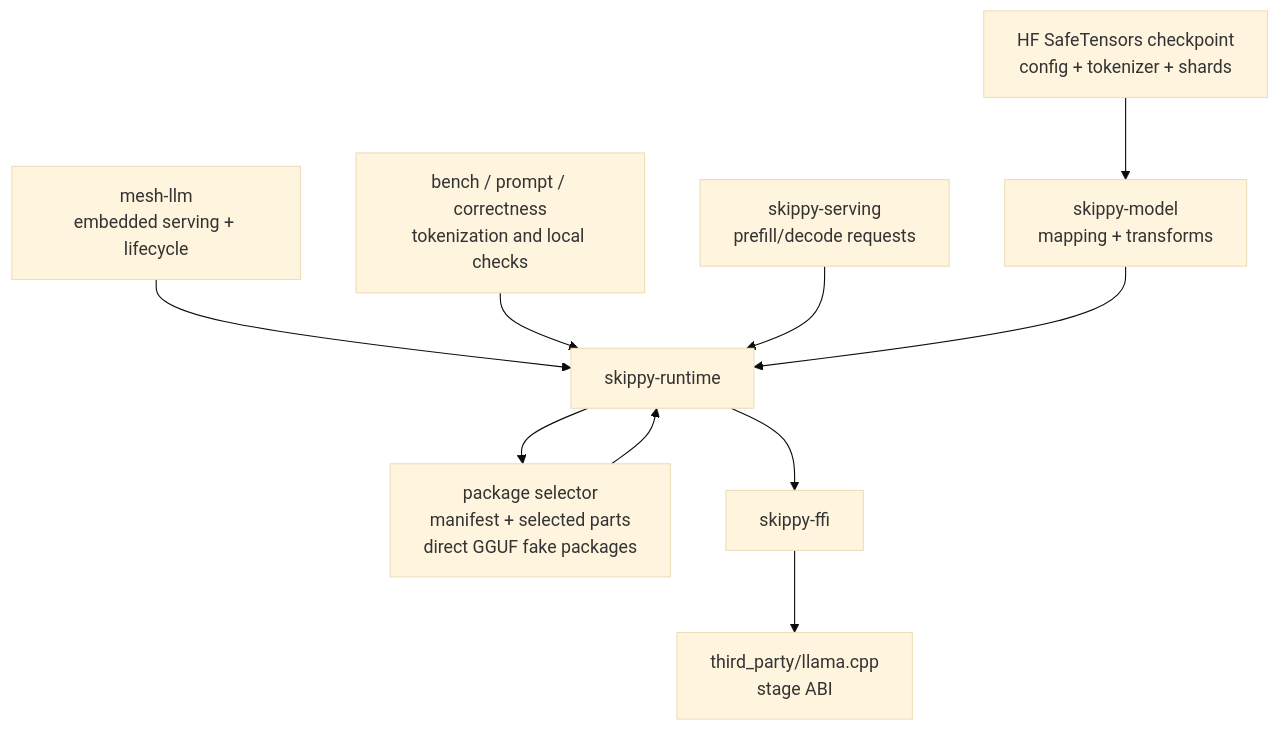
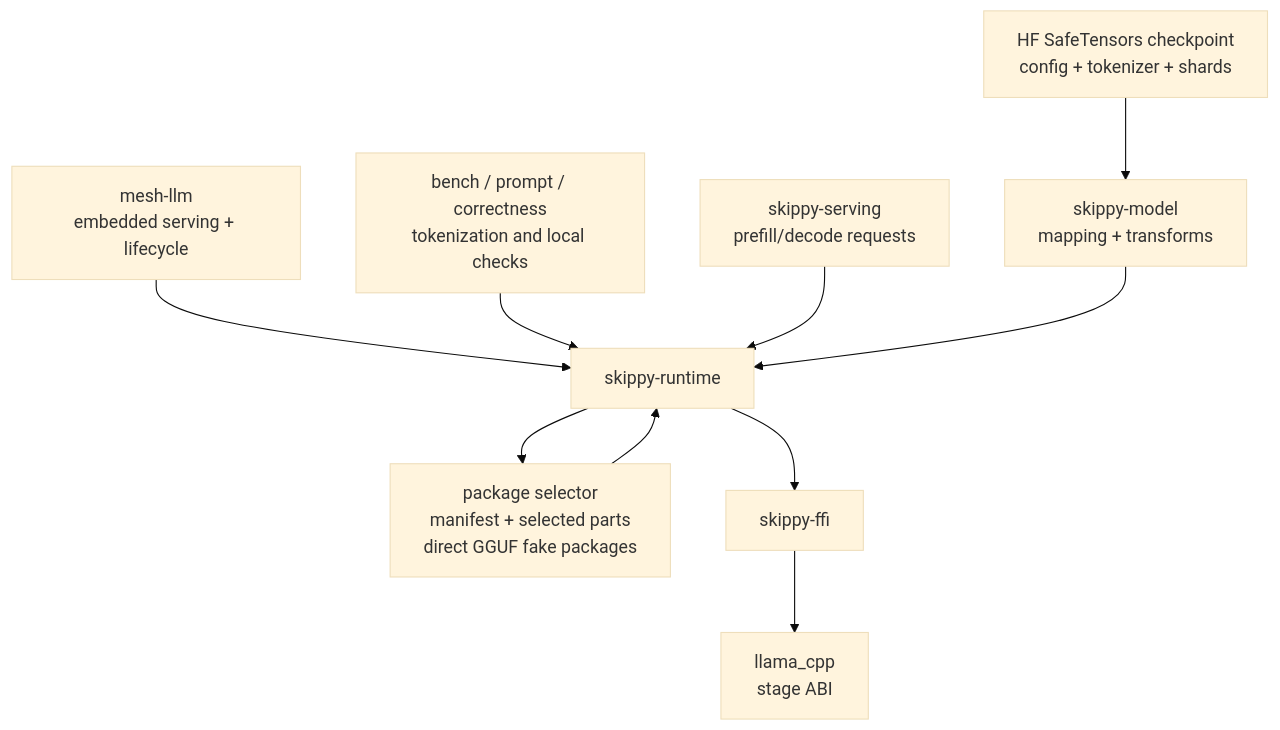
One commit to 76287298092/mesh-llm changed the diagram in skippy/crates/skippy-runtime/README.md. Above: the diagram before and after it, drawn with Mermaid (base theme). The commit also changed 199 other files, not shown here.

Commit message:
build(skippy): move llama.cpp recipe to skippy/llama_cpp

````diff
--- a/skippy/crates/skippy-runtime/README.md
+++ b/skippy/crates/skippy-runtime/README.md
@@ -14,12 +14,12 @@
 ```mermaid
 flowchart TB
     Mesh["mesh-llm<br/>embedded serving + lifecycle"] --> R["skippy-runtime"]
     P["bench / prompt / correctness<br/>tokenization and local checks"] --> R
     S["skippy-serving<br/>prefill/decode requests"] --> R
     ST["HF SafeTensors checkpoint<br/>config + tokenizer + shards"] --> M["skippy-model<br/>mapping + transforms"]
     M --> R
     R --> PS["package selector<br/>manifest + selected parts<br/>direct GGUF fake packages"]
     PS --> R
     R --> F["skippy-ffi"]
-    F --> L["third_party/llama.cpp<br/>stage ABI"]
+    F --> L["llama_cpp<br/>stage ABI"]
 ```
````
